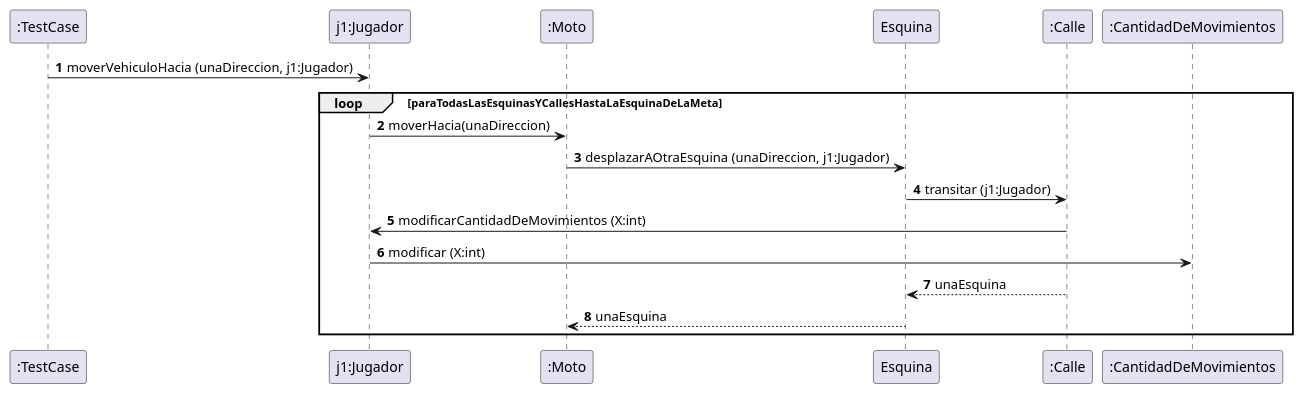
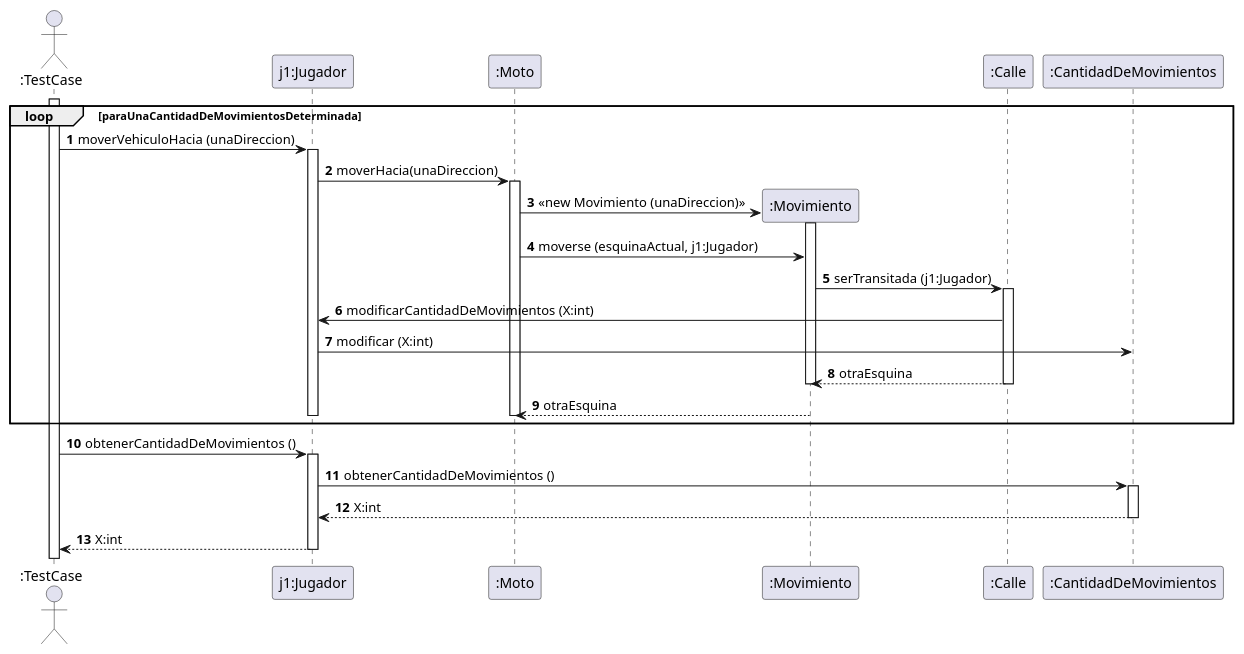
The diagram in diagrams/sequences/UnaMotoAtraviesaLaGrillaSinObstaculosYLaCantidadDeMovimientosEsX.puml (FacundoBaez1994/Algo3Tp2), drawn with PlantUML before and after one commit. The commit also changed 9 other files, not shown here.

Commit message:
Pre-Entrega cero - diagramas UML

```diff
--- a/diagrams/sequences/UnaMotoAtraviesaLaGrillaSinObstaculosYLaCantidadDeMovimientosEsX.puml
+++ b/diagrams/sequences/UnaMotoAtraviesaLaGrillaSinObstaculosYLaCantidadDeMovimientosEsX.puml
@@ -1,17 +1,38 @@
 @startuml
 'https://plantuml.com/sequence-diagram
 
 autonumber
-
-":TestCase" -> "j1:Jugador": moverVehiculoHacia (unaDireccion, j1:Jugador)
-loop paraTodasLasEsquinasYCallesHastaLaEsquinaDeLaMeta
+actor ":TestCase"
+Activate ":TestCase"
+loop paraUnaCantidadDeMovimientosDeterminada
+    ":TestCase" -> "j1:Jugador": moverVehiculoHacia (unaDireccion)
+    Activate "j1:Jugador"
     "j1:Jugador" -> ":Moto": moverHacia(unaDireccion)
-    ":Moto" -> "Esquina": desplazarAOtraEsquina (unaDireccion, j1:Jugador)
-    "Esquina" -> ":Calle": transitar (j1:Jugador)
+    Activate ":Moto"
+    create ":Movimiento"
+    ":Moto" -> ":Movimiento": <<new Movimiento (unaDireccion) >>
+    Activate ":Movimiento"
+    ":Moto" -> ":Movimiento": moverse (esquinaActual, j1:Jugador)
+    ":Movimiento" -> ":Calle": serTransitada (j1:Jugador)
+    Activate ":Calle"
     ":Calle" -> "j1:Jugador" : modificarCantidadDeMovimientos (X:int)
      "j1:Jugador" -> ":CantidadDeMovimientos" : modificar (X:int)
-    "Esquina" <-- ":Calle": unaEsquina
-    ":Moto" <-- "Esquina": unaEsquina
+     ":Movimiento" <-- ":Calle": otraEsquina
+     Deactivate ":Calle"
+     Deactivate ":Movimiento"
+     ":Moto" <-- ":Movimiento": otraEsquina
+     Deactivate ":Moto"
+     Deactivate "j1:Jugador"
 end
+":TestCase" -> "j1:Jugador": obtenerCantidadDeMovimientos ()
+Activate "j1:Jugador"
+"j1:Jugador" -> ":CantidadDeMovimientos": obtenerCantidadDeMovimientos ()
+Activate ":CantidadDeMovimientos"
+"j1:Jugador" <-- ":CantidadDeMovimientos": X:int
+Deactivate ":CantidadDeMovimientos"
+":TestCase" <-- "j1:Jugador": X:int
+Deactivate "j1:Jugador"
+
+
 
 @enduml
```
